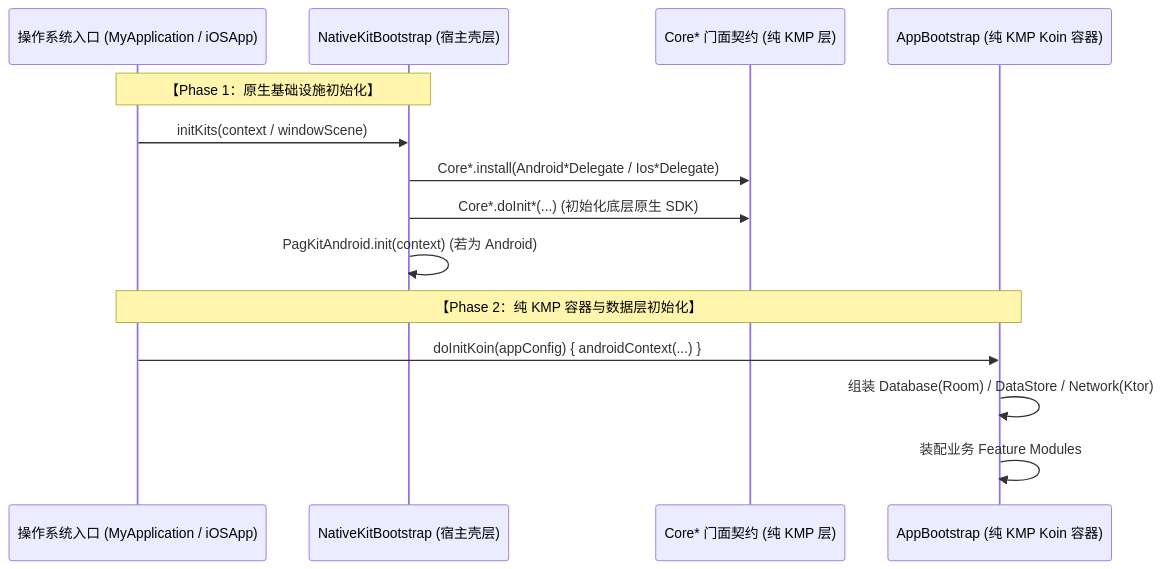
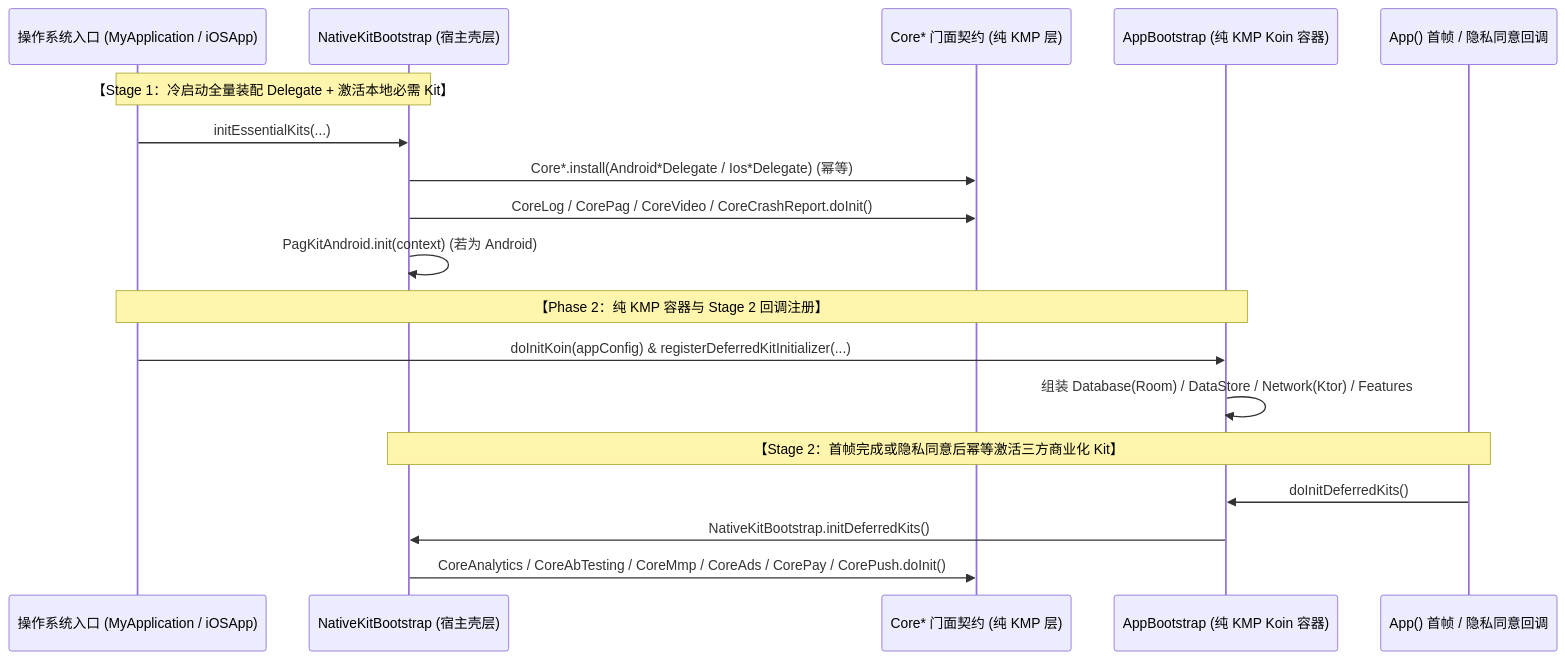
Before and after one commit to e-hai/Architecture: the fourth of 4 diagrams in docs/ARCHITECTURE.md, drawn with Mermaid. The commit also changed other lines of this file and 49 other files, not shown here.

Commit message:
feat(quality): add staged kit init, Detekt 2.0 + Compose Rules, verifyArchitecture, and L1-L6 quality CLI/SOP

````diff
--- a/docs/ARCHITECTURE.md
+++ b/docs/ARCHITECTURE.md
@@ -157,18 +157,23 @@
 ```mermaid
 sequenceDiagram
     participant OS as 操作系统入口 (MyApplication / iOSApp)
     participant HostBootstrap as NativeKitBootstrap (宿主壳层)
     participant CoreKits as Core* 门面契约 (纯 KMP 层)
     participant AppBootstrap as AppBootstrap (纯 KMP Koin 容器)
+    participant UI as App() 首帧 / 隐私同意回调
 
-    Note over OS,HostBootstrap: 【Phase 1：原生基础设施初始化】
-    OS->>HostBootstrap: initKits(context / windowScene)
-    HostBootstrap->>CoreKits: Core*.install(Android*Delegate / Ios*Delegate)
-    HostBootstrap->>CoreKits: Core*.doInit*(...) (初始化底层原生 SDK)
+    Note over OS,HostBootstrap: 【Stage 1：冷启动全量装配 Delegate + 激活本地必需 Kit】
+    OS->>HostBootstrap: initEssentialKits(...)
+    HostBootstrap->>CoreKits: Core*.install(Android*Delegate / Ios*Delegate) (幂等)
+    HostBootstrap->>CoreKits: CoreLog / CorePag / CoreVideo / CoreCrashReport.doInit()
     HostBootstrap->>HostBootstrap: PagKitAndroid.init(context) (若为 Android)
 
-    Note over OS,AppBootstrap: 【Phase 2：纯 KMP 容器与数据层初始化】
-    OS->>AppBootstrap: doInitKoin(appConfig) { androidContext(...) }
-    AppBootstrap->>AppBootstrap: 组装 Database(Room) / DataStore / Network(Ktor)
-    AppBootstrap->>AppBootstrap: 装配业务 Feature Modules
+    Note over OS,AppBootstrap: 【Phase 2：纯 KMP 容器与 Stage 2 回调注册】
+    OS->>AppBootstrap: doInitKoin(appConfig) & registerDeferredKitInitializer(...)
+    AppBootstrap->>AppBootstrap: 组装 Database(Room) / DataStore / Network(Ktor) / Features
+
+    Note over UI,HostBootstrap: 【Stage 2：首帧完成或隐私同意后幂等激活三方商业化 Kit】
+    UI->>AppBootstrap: doInitDeferredKits()
+    AppBootstrap->>HostBootstrap: NativeKitBootstrap.initDeferredKits()
+    HostBootstrap->>CoreKits: CoreAnalytics / CoreAbTesting / CoreMmp / CoreAds / CorePay / CorePush.doInit()
 ```
````
